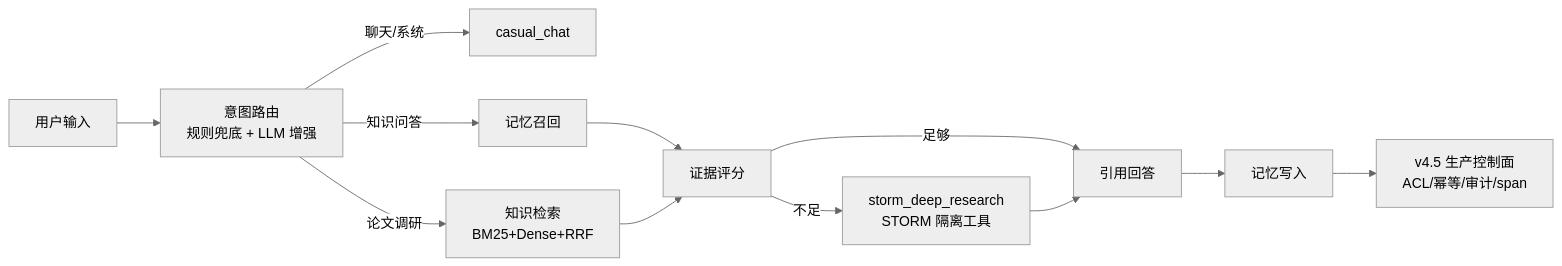
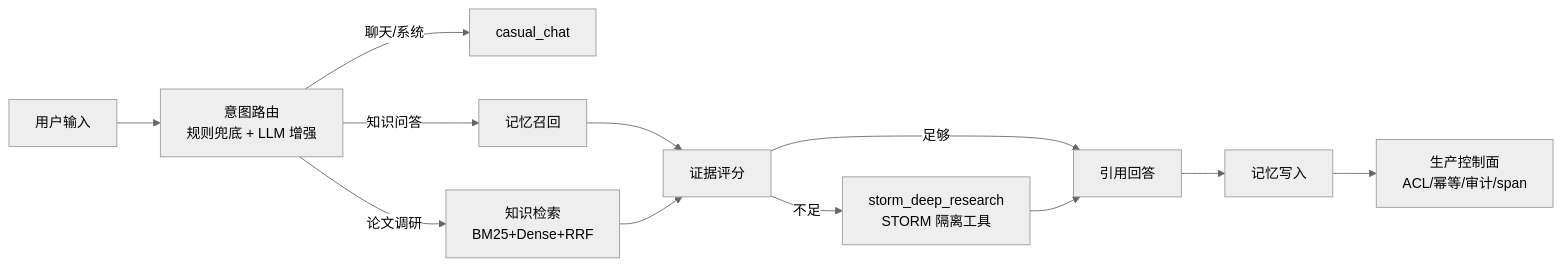
Before and after one commit to yzy-151/paperstorm-agent: the diagram in README.md, drawn with Mermaid (neutral theme). The commit also changed other lines of this file and 78 other files, not shown here.

````diff
--- a/README.md
+++ b/README.md
@@ -28,14 +34,14 @@
 ```mermaid
 flowchart LR
   A[用户输入] --> B[意图路由<br/>规则兜底 + LLM 增强]
   B -->|聊天/系统| C[casual_chat]
   B -->|知识问答| D[记忆召回]
   B -->|论文调研| E[知识检索<br/>BM25+Dense+RRF]
   D --> F[证据评分]
   E --> F
   F -->|足够| G[引用回答]
   F -->|不足| H[storm_deep_research<br/>STORM 隔离工具]
   H --> G
   G --> I[记忆写入]
-  I --> J[v4.5 生产控制面<br/>ACL/幂等/审计/span]
+  I --> J[生产控制面<br/>ACL/幂等/审计/span]
 ```
````
